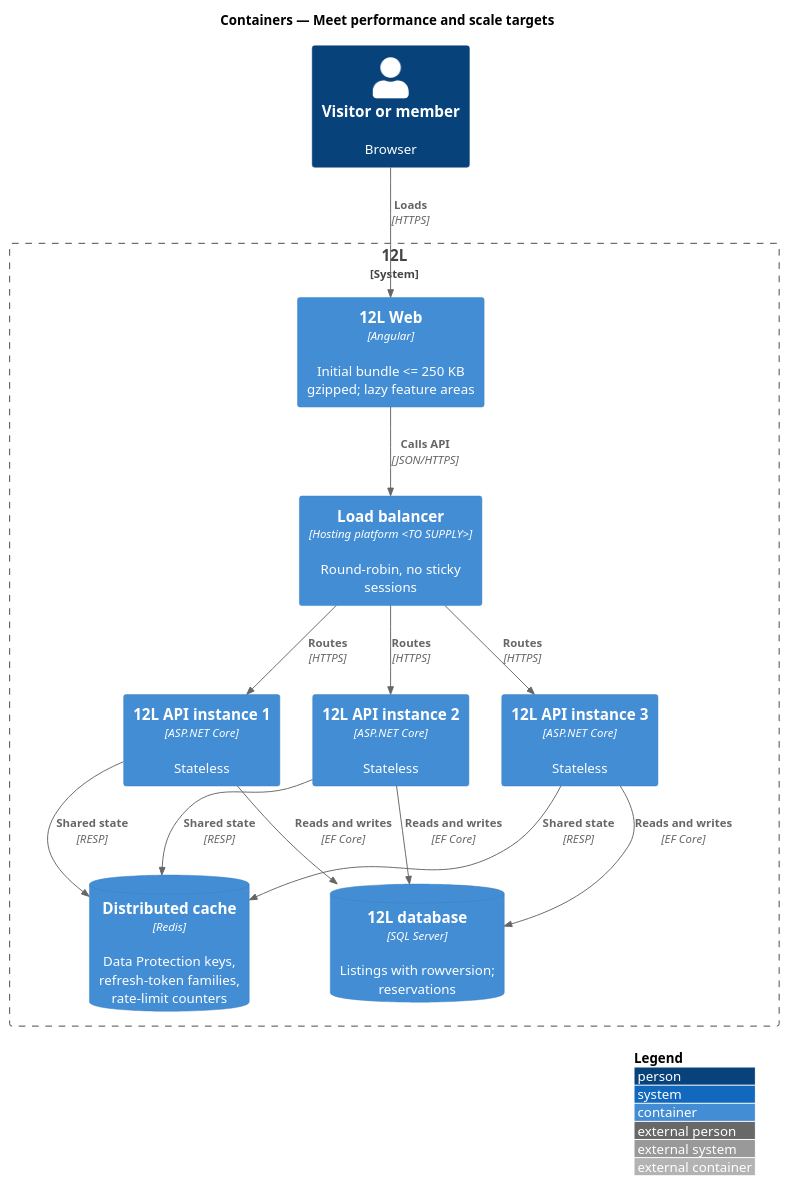
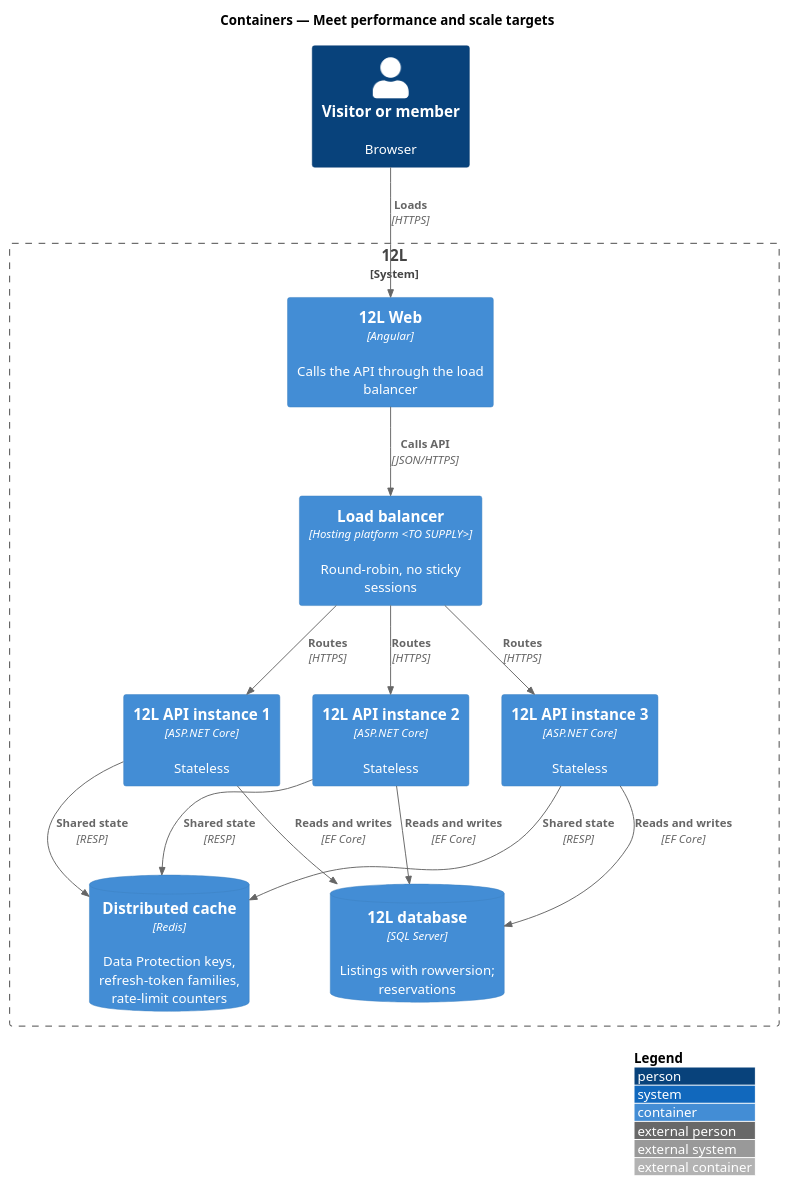
One commit to QuinntyneBrown/12l changed the diagram in docs/detailed-designs/platform/meet-performance-and-scale/diagrams/c4-container.puml. Above: the diagram before and after it, drawn with PlantUML. The commit also changed 22 other files, not shown here.

```diff
--- a/docs/detailed-designs/platform/meet-performance-and-scale/diagrams/c4-container.puml
+++ b/docs/detailed-designs/platform/meet-performance-and-scale/diagrams/c4-container.puml
@@ -1,27 +1,27 @@
 @startuml
 !include <C4/C4_Container>
 LAYOUT_WITH_LEGEND()
 title Containers — Meet performance and scale targets
 
 Person(shopper, "Visitor or member", "Browser")
 System_Boundary(twelvel, "12L") {
-  Container(web, "12L Web", "Angular", "Initial bundle <= 250 KB gzipped; lazy feature areas")
+  Container(web, "12L Web", "Angular", "Calls the API through the load balancer")
   Container(lb, "Load balancer", "Hosting platform <TO SUPPLY>", "Round-robin, no sticky sessions")
   Container(api1, "12L API instance 1", "ASP.NET Core", "Stateless")
   Container(api2, "12L API instance 2", "ASP.NET Core", "Stateless")
   Container(api3, "12L API instance 3", "ASP.NET Core", "Stateless")
   ContainerDb(cache, "Distributed cache", "Redis", "Data Protection keys, refresh-token families, rate-limit counters")
   ContainerDb(db, "12L database", "SQL Server", "Listings with rowversion; reservations")
 }
 Rel(shopper, web, "Loads", "HTTPS")
 Rel(web, lb, "Calls API", "JSON/HTTPS")
 Rel(lb, api1, "Routes", "HTTPS")
 Rel(lb, api2, "Routes", "HTTPS")
 Rel(lb, api3, "Routes", "HTTPS")
 Rel(api1, cache, "Shared state", "RESP")
 Rel(api2, cache, "Shared state", "RESP")
 Rel(api3, cache, "Shared state", "RESP")
 Rel(api1, db, "Reads and writes", "EF Core")
 Rel(api2, db, "Reads and writes", "EF Core")
 Rel(api3, db, "Reads and writes", "EF Core")
 @enduml
```
